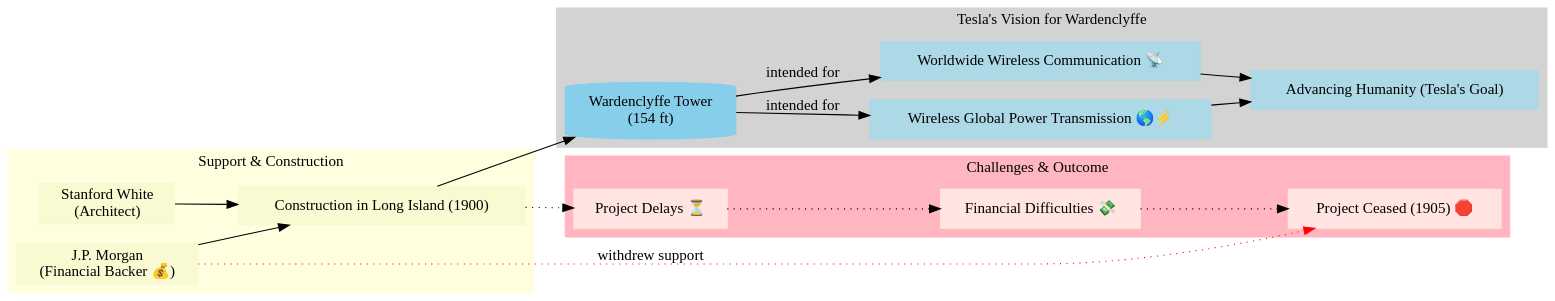
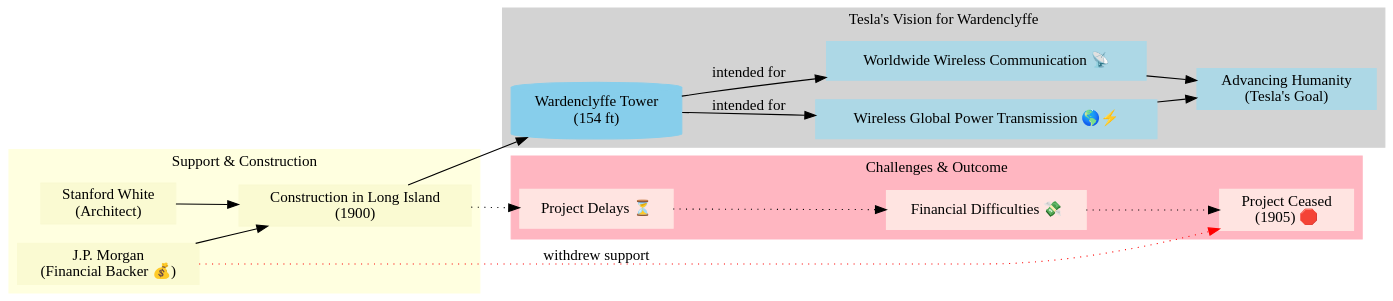
Before and after one commit to CongLeSolutionX/Nikola_Tesla: the seventh of 9 diagrams in Case_Files_Nikola_Tesla/Case_Files_Nikola_Tesla.md, drawn with Graphviz. The commit also changed other lines of this file, not shown here.

````diff
--- a/Case_Files_Nikola_Tesla/Case_Files_Nikola_Tesla.md
+++ b/Case_Files_Nikola_Tesla/Case_Files_Nikola_Tesla.md
@@ -465,61 +471,61 @@
 ```dot
 /*
  * title: Wardenclyffe Tower
  * author: Cong Le
  * version: 1.0
  * license(s): MIT, CC BY-SA 4.0
  * copyright: Copyright (c) 2025 Cong Le. All Rights Reserved.
  */
 digraph Wardenclyffe_Concept {
-    rankdir="LR";
-    node [shape=box, style=rounded];
-    bgcolor="transparent";
+    rankdir="LR"
+    node [shape=box, style=rounded]
+    bgcolor="transparent"
 
     subgraph cluster_Vision {
-        label="Tesla's Vision for Wardenclyffe";
-        style="filled";
-        color="lightgrey";
-        node [style=filled,color=lightblue];
+        label="Tesla's Vision for Wardenclyffe"
+        style="filled"
+        color="lightgrey"
+        node [style=filled,color=lightblue]
 
-        Tower [label="Wardenclyffe Tower\n(154 ft)", shape=cylinder, color=skyblue, style=filled];
-        GlobalPower [label="Wireless Global Power Transmission 🌎⚡"];
-        GlobalComms [label="Worldwide Wireless Communication 📡"];
-        AdvancingHumanity [label="Advancing Humanity (Tesla's Goal)"];
+        Tower [label="Wardenclyffe Tower\n(154 ft)", shape=cylinder, color=skyblue, style=filled]
+        GlobalPower [label="Wireless Global Power Transmission 🌎⚡"]
+        GlobalComms [label="Worldwide Wireless Communication 📡"]
+        AdvancingHumanity [label="Advancing Humanity\n(Tesla's Goal)"]
     }
 
     subgraph cluster_Support {
-        label="Support & Construction";
-        style="filled";
-        color="lightyellow";
-        node [style=filled,color=lightgoldenrodyellow];
+        label="Support & Construction"
+        style="filled"
+        color="lightyellow"
+        node [style=filled,color=lightgoldenrodyellow]
 
-        JPMorgan [label="J.P. Morgan\n(Financial Backer 💰)"];
-        StanfordWhite [label="Stanford White\n(Architect)"];
-        Construction [label="Construction in Long Island (1900)"];
+        JPMorgan [label="J.P. Morgan\n(Financial Backer 💰)"]
+        StanfordWhite [label="Stanford White\n(Architect)"]
+        Construction [label="Construction in Long Island\n(1900)"]
     }
 
     subgraph cluster_Outcome {
-        label="Challenges & Outcome";
-        style="filled";
-        color="lightpink";
-        node [style=filled,color=mistyrose];
+        label="Challenges & Outcome"
+        style="filled"
+        color="lightpink"
+        node [style=filled,color=mistyrose]
 
-        Delays [label="Project Delays ⏳"];
-        UnpaidBills [label="Financial Difficulties 💸"];
-        ProjectCeased [label="Project Ceased (1905) 🛑"];
+        Delays [label="Project Delays ⏳"]
+        UnpaidBills [label="Financial Difficulties 💸"]
+        ProjectCeased [label="Project Ceased\n(1905) 🛑"]
     }
 
     JPMorgan -> Construction;
     StanfordWhite -> Construction;
     Construction -> Tower;
     Tower -> GlobalPower [label="intended for"];
     Tower -> GlobalComms [label="intended for"];
     GlobalPower -> AdvancingHumanity;
     GlobalComms -> AdvancingHumanity;
 
     Construction -> Delays [style=dotted];
     Delays -> UnpaidBills [style=dotted];
     UnpaidBills -> ProjectCeased [style=dotted];
     JPMorgan -> ProjectCeased [label="withdrew support", style=dotted, color=red];
 }
 ```
````
